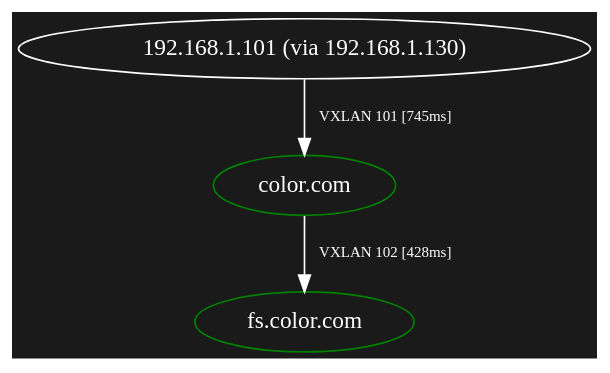
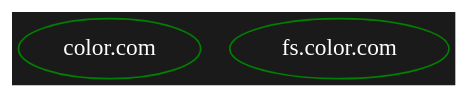
Before and after one commit to GyulyVGC/nullnet-grpc: the diagram in graph.dot, drawn with Graphviz. The commit also changed 2 other files, not shown here.

```diff
--- a/graph.dot
+++ b/graph.dot
@@ -1,11 +1,9 @@
 digraph G {
 	bgcolor=grey10;
 	node [color=white, fontcolor=white];
 	edge [color=white, fontcolor=white, fontsize=9, labelangle=180, labeldistance=0.8];
 
 	"color.com" [style=solid, color=green];
-	"192.168.1.101 (via 192.168.1.130)" -> "color.com" [label="VXLAN 101 [745ms]"];
 
 	"fs.color.com" [style=solid, color=green];
-	"color.com" -> "fs.color.com" [label="VXLAN 102 [428ms]"];
 }
```
